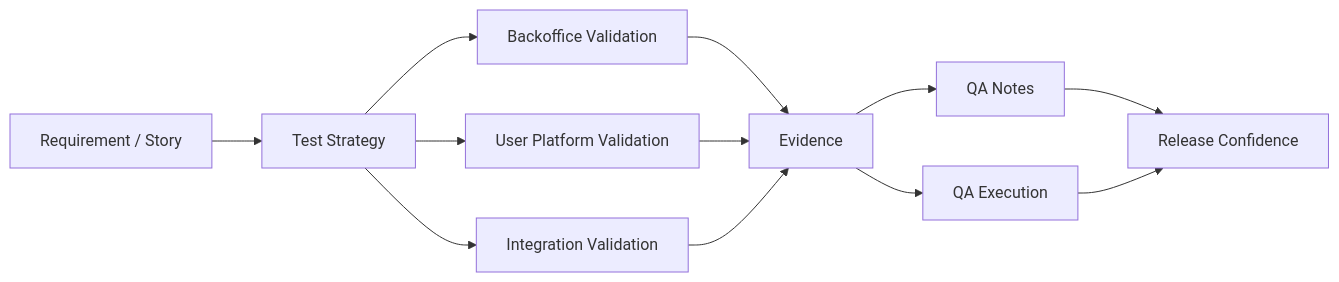
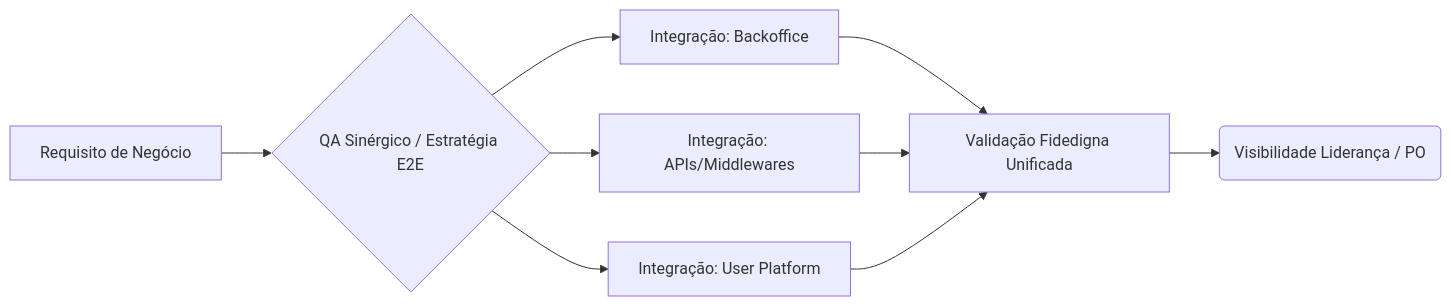
Before and after one commit to kassiorochas/system-quality-framework: the diagram in README.md, drawn with Mermaid. The commit also changed other lines of this file, not shown here.

Commit message:
docs: Rewrite README to reflect lean Quality Engineering strategy repo

````diff
--- a/README.md
+++ b/README.md
@@ -161,14 +35,13 @@
 ```mermaid
 flowchart LR
-    A[Requirement / Story] --> B[Test Strategy]
-    B --> C[Backoffice Validation]
-    B --> D[User Platform Validation]
-    B --> E[Integration Validation]
-    C --> F[Evidence]
+    A[Requisito de Negócio] --> B{QA Sinérgico / Estratégia E2E}
+    B --> C[Integração: Backoffice]
+    B --> D[Integração: APIs/Middlewares]
+    B --> E[Integração: User Platform]
+    
+    C --> F[Validação Fidedigna Unificada]
     D --> F
     E --> F
-    F --> G[QA Notes]
-    F --> H[QA Execution]
-    G --> I[Release Confidence]
-    H --> I
+    
+    F --> G(Visibilidade Liderança / PO)
 ```
````
